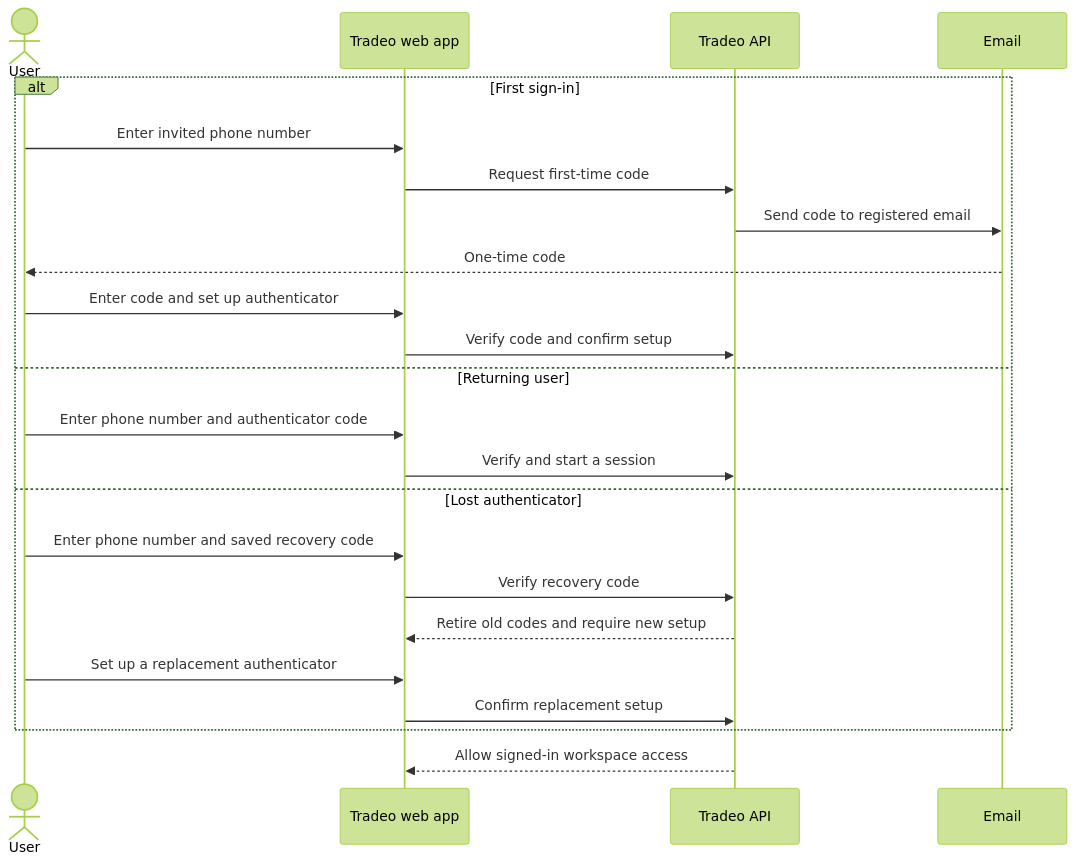
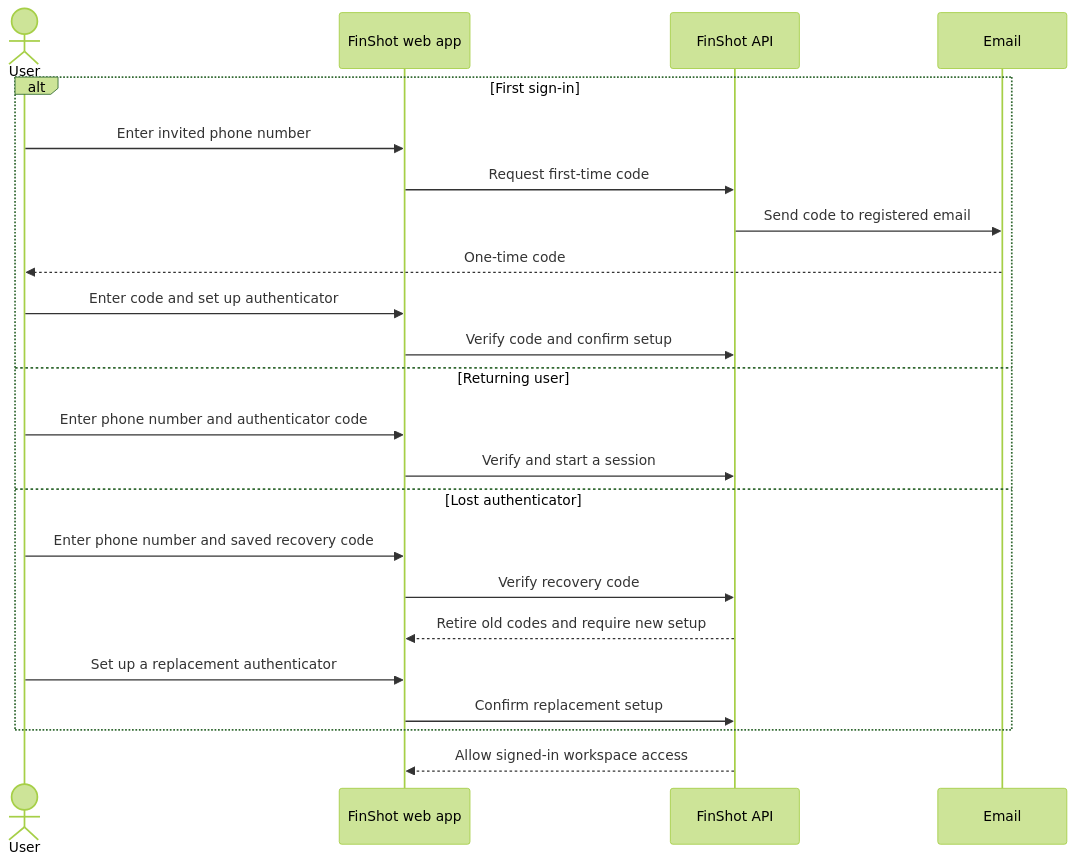
The second of 5 diagrams in README.md (akaAvinash/finshot), drawn with Mermaid (forest theme) before and after one commit. The commit also changed other lines of this file and 49 other files, not shown here.

First line of the commit message:
Connect FinShot Trade Controls and demo broker accounts (#70)

````diff
--- a/README.md
+++ b/README.md
@@ -51,25 +49,25 @@
 ```mermaid
 sequenceDiagram
     actor User
-    participant Web as Tradeo web app
-    participant API as Tradeo API
+    participant Web as FinShot web app
+    participant API as FinShot API
     participant Mail as Email
     alt First sign-in
         User->>Web: Enter invited phone number
         Web->>API: Request first-time code
         API->>Mail: Send code to registered email
         Mail-->>User: One-time code
         User->>Web: Enter code and set up authenticator
         Web->>API: Verify code and confirm setup
     else Returning user
         User->>Web: Enter phone number and authenticator code
         Web->>API: Verify and start a session
     else Lost authenticator
         User->>Web: Enter phone number and saved recovery code
         Web->>API: Verify recovery code
         API-->>Web: Retire old codes and require new setup
         User->>Web: Set up a replacement authenticator
         Web->>API: Confirm replacement setup
     end
     API-->>Web: Allow signed-in workspace access
 ```
````
